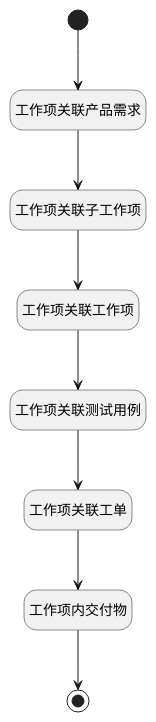
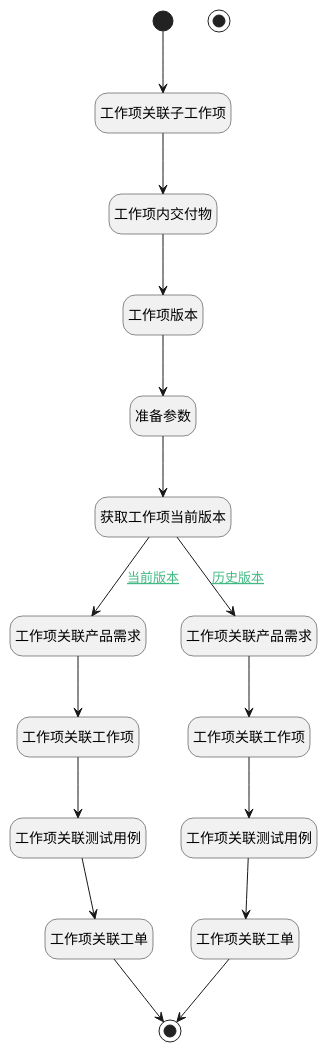
One commit to iBizLab/plm changed the diagram in doc/docsify/module/ProjMgmt/work_item/logic/work_item_re_counters.md. Above: the diagram before and after it, drawn with PlantUML. The commit also changed other lines of this file and 2344 other files, not shown here.

````diff
--- a/doc/docsify/module/ProjMgmt/work_item/logic/work_item_re_counters.md
+++ b/doc/docsify/module/ProjMgmt/work_item/logic/work_item_re_counters.md
@@ -7,31 +7,47 @@
 ```plantuml
 @startuml
 hide empty description
 <style>
 root {
   HyperlinkColor #42b983
 }
 </style>
 
 hide empty description
 state "开始" as Begin <<start>> [[$./work_item_re_counters#begin {"开始"}]]
 state "结束" as END1 <<end>> [[$./work_item_re_counters#end1 {"结束"}]]
 state "工作项关联产品需求" as RAWSQLCALL1  [[$./work_item_re_counters#rawsqlcall1 {"工作项关联产品需求"}]]
-state "工作项关联子工作项" as RAWSQLCALL2  [[$./work_item_re_counters#rawsqlcall2 {"工作项关联子工作项"}]]
 state "工作项关联工作项" as RAWSQLCALL3  [[$./work_item_re_counters#rawsqlcall3 {"工作项关联工作项"}]]
 state "工作项关联测试用例" as RAWSQLCALL4  [[$./work_item_re_counters#rawsqlcall4 {"工作项关联测试用例"}]]
 state "工作项关联工单" as RAWSQLCALL5  [[$./work_item_re_counters#rawsqlcall5 {"工作项关联工单"}]]
+state "结束" as END2 <<end>> [[$./work_item_re_counters#end2 {"结束"}]]
+state "获取工作项当前版本" as DEACTION1  [[$./work_item_re_counters#deaction1 {"获取工作项当前版本"}]]
+state "准备参数" as PREPAREPARAM1  [[$./work_item_re_counters#prepareparam1 {"准备参数"}]]
+state "工作项关联子工作项" as RAWSQLCALL2  [[$./work_item_re_counters#rawsqlcall2 {"工作项关联子工作项"}]]
 state "工作项内交付物" as RAWSQLCALL6  [[$./work_item_re_counters#rawsqlcall6 {"工作项内交付物"}]]
+state "工作项版本" as RAWSQLCALL7  [[$./work_item_re_counters#rawsqlcall7 {"工作项版本"}]]
+state "工作项关联产品需求" as RAWSQLCALL8  [[$./work_item_re_counters#rawsqlcall8 {"工作项关联产品需求"}]]
+state "工作项关联工作项" as RAWSQLCALL9  [[$./work_item_re_counters#rawsqlcall9 {"工作项关联工作项"}]]
+state "工作项关联测试用例" as RAWSQLCALL10  [[$./work_item_re_counters#rawsqlcall10 {"工作项关联测试用例"}]]
+state "工作项关联工单" as RAWSQLCALL11  [[$./work_item_re_counters#rawsqlcall11 {"工作项关联工单"}]]
 
 
-Begin --> RAWSQLCALL1
-RAWSQLCALL1 --> RAWSQLCALL2
-RAWSQLCALL2 --> RAWSQLCALL3
+Begin --> RAWSQLCALL2
+RAWSQLCALL2 --> RAWSQLCALL6
+RAWSQLCALL6 --> RAWSQLCALL7
+RAWSQLCALL7 --> PREPAREPARAM1
+PREPAREPARAM1 --> DEACTION1
+DEACTION1 --> RAWSQLCALL1 : [[$./work_item_re_counters#deaction1-rawsqlcall1{当前版本} 当前版本]]
+RAWSQLCALL1 --> RAWSQLCALL3
 RAWSQLCALL3 --> RAWSQLCALL4
 RAWSQLCALL4 --> RAWSQLCALL5
-RAWSQLCALL5 --> RAWSQLCALL6
-RAWSQLCALL6 --> END1
+RAWSQLCALL5 --> END2
+DEACTION1 --> RAWSQLCALL8 : [[$./work_item_re_counters#deaction1-rawsqlcall8{历史版本} 历史版本]]
+RAWSQLCALL8 --> RAWSQLCALL9
+RAWSQLCALL9 --> RAWSQLCALL10
+RAWSQLCALL10 --> RAWSQLCALL11
+RAWSQLCALL11 --> END2
 
 
 @enduml
 ```
````
